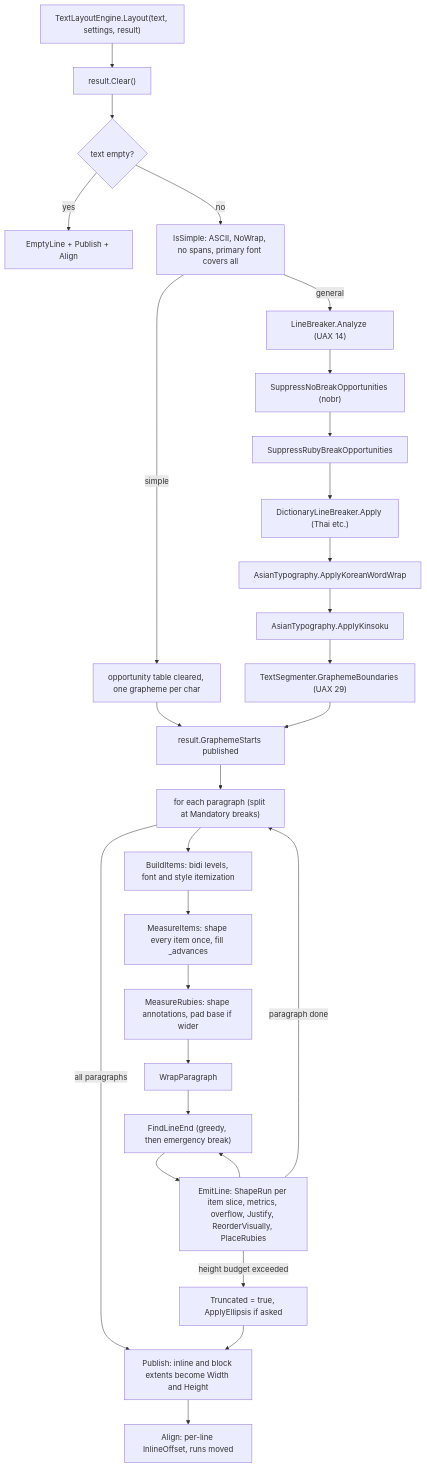
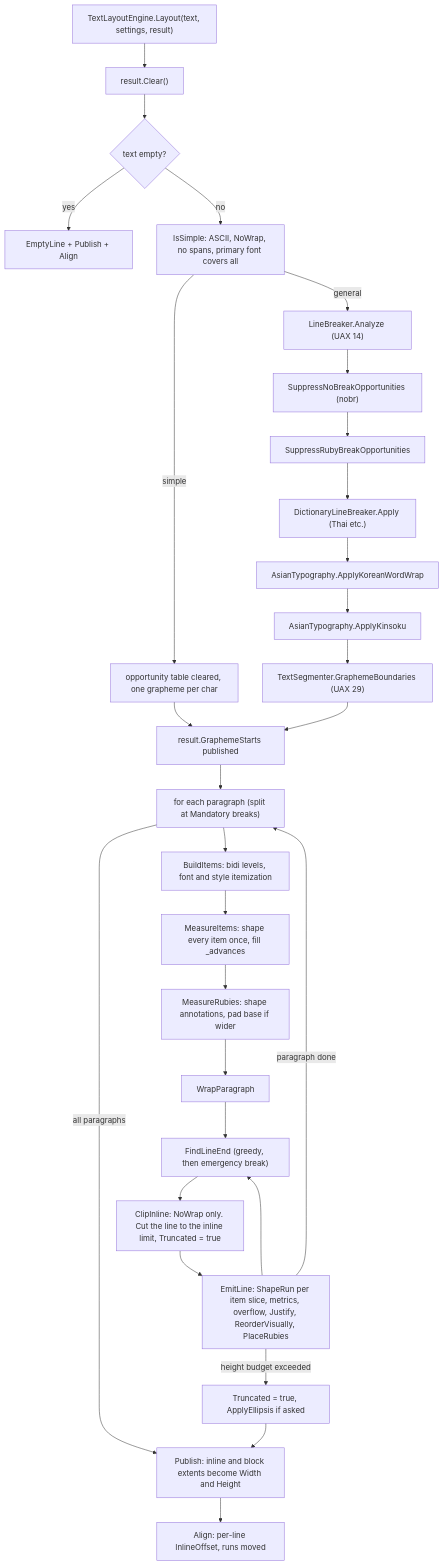
The diagram in Documentation~/Runtime/Core/Layout/diagrams/layout-pipeline.mmd (CodeOneLabs/OneText), drawn with Mermaid before and after one commit. The commit also changed 6 other files, not shown here.

```diff
--- a/Documentation~/Runtime/Core/Layout/diagrams/layout-pipeline.mmd
+++ b/Documentation~/Runtime/Core/Layout/diagrams/layout-pipeline.mmd
@@ -1,28 +1,29 @@
 flowchart TD
     A["TextLayoutEngine.Layout(text, settings, result)"] --> B["result.Clear()"]
     B --> C{"text empty?"}
     C -->|yes| C1["EmptyLine + Publish + Align"]
     C -->|no| D["IsSimple: ASCII, NoWrap, no spans, primary font covers all"]
     D -->|simple| E["opportunity table cleared, one grapheme per char"]
     D -->|general| F["LineBreaker.Analyze (UAX 14)"]
     F --> F1["SuppressNoBreakOpportunities (nobr)"]
     F1 --> F2["SuppressRubyBreakOpportunities"]
     F2 --> F3["DictionaryLineBreaker.Apply (Thai etc.)"]
     F3 --> F4["AsianTypography.ApplyKoreanWordWrap"]
     F4 --> F5["AsianTypography.ApplyKinsoku"]
     F5 --> G["TextSegmenter.GraphemeBoundaries (UAX 29)"]
     E --> H
     G --> H["result.GraphemeStarts published"]
     H --> P["for each paragraph (split at Mandatory breaks)"]
     P --> I["BuildItems: bidi levels, font and style itemization"]
     I --> I1["MeasureItems: shape every item once, fill _advances"]
     I1 --> I2["MeasureRubies: shape annotations, pad base if wider"]
     I2 --> W["WrapParagraph"]
     W --> W1["FindLineEnd (greedy, then emergency break)"]
-    W1 --> W2["EmitLine: ShapeRun per item slice, metrics, overflow, Justify, ReorderVisually, PlaceRubies"]
+    W1 --> W1a["ClipInline: NoWrap only. Cut the line to the inline limit, Truncated = true"]
+    W1a --> W2["EmitLine: ShapeRun per item slice, metrics, overflow, Justify, ReorderVisually, PlaceRubies"]
     W2 --> W1
     W2 -->|height budget exceeded| X["Truncated = true, ApplyEllipsis if asked"]
     W2 -->|paragraph done| P
     P -->|all paragraphs| Q["Publish: inline and block extents become Width and Height"]
     Q --> R["Align: per-line InlineOffset, runs moved"]
     X --> Q
```
